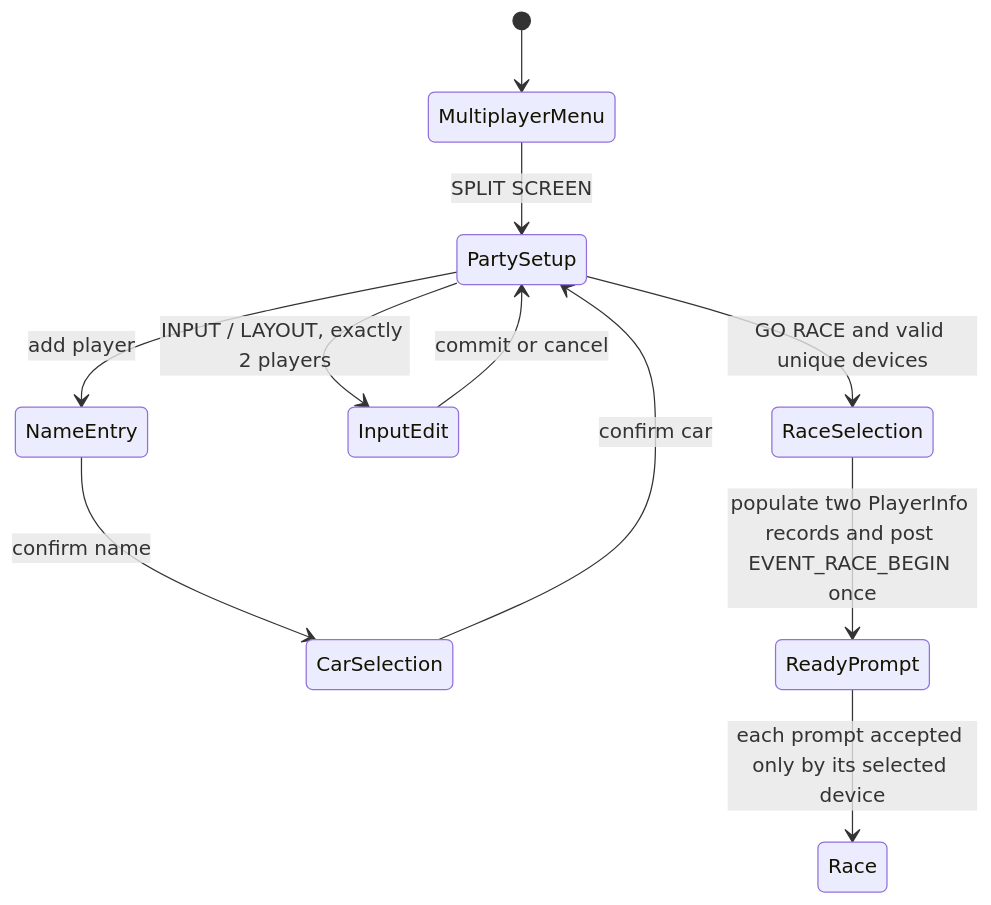
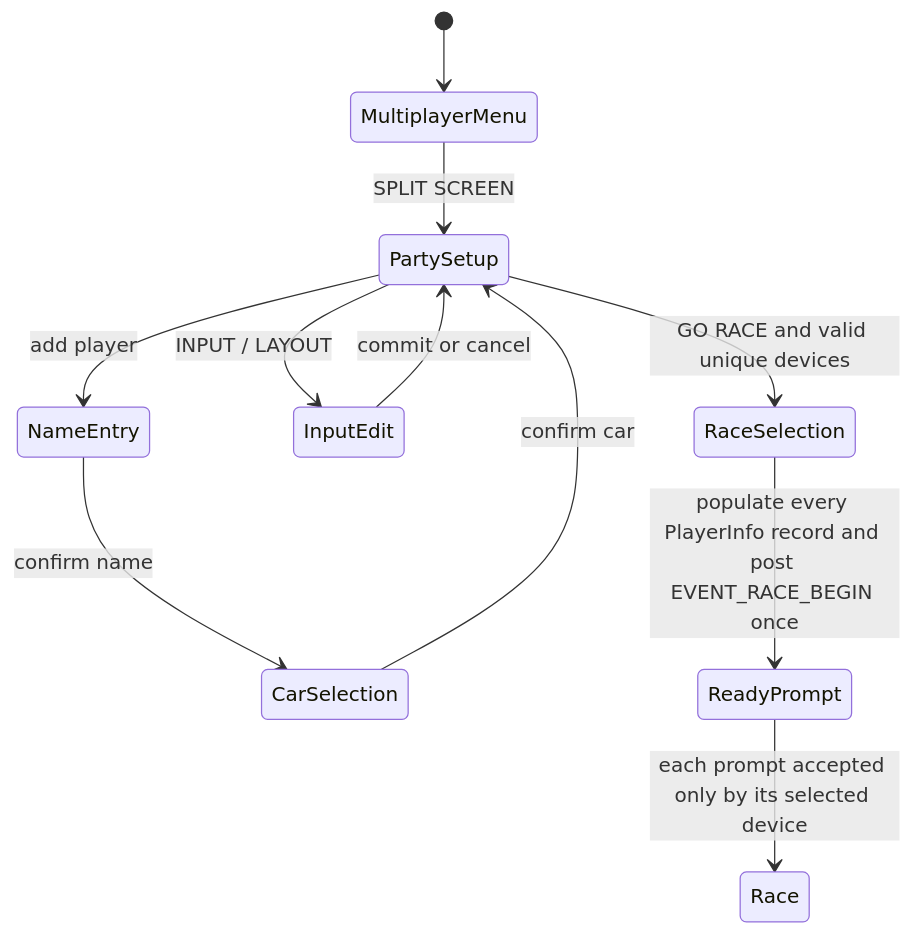
Before and after one commit to xob0t/fo2_mods: the third of 3 diagrams in docs/SPLITSCREEN_ARCHITECTURE.md, drawn with Mermaid. The commit also changed other lines of this file and 5 other files, not shown here.

````diff
--- a/docs/SPLITSCREEN_ARCHITECTURE.md
+++ b/docs/SPLITSCREEN_ARCHITECTURE.md
@@ -295,13 +412,13 @@
 ```mermaid
 stateDiagram-v2
     [*] --> MultiplayerMenu
     MultiplayerMenu --> PartySetup: SPLIT SCREEN
     PartySetup --> NameEntry: add player
     NameEntry --> CarSelection: confirm name
     CarSelection --> PartySetup: confirm car
-    PartySetup --> InputEdit: INPUT / LAYOUT, exactly 2 players
+    PartySetup --> InputEdit: INPUT / LAYOUT
     InputEdit --> PartySetup: commit or cancel
     PartySetup --> RaceSelection: GO RACE and valid unique devices
-    RaceSelection --> ReadyPrompt: populate two PlayerInfo records and post EVENT_RACE_BEGIN once
+    RaceSelection --> ReadyPrompt: populate every PlayerInfo record and post EVENT_RACE_BEGIN once
     ReadyPrompt --> Race: each prompt accepted only by its selected device
 ```
````
